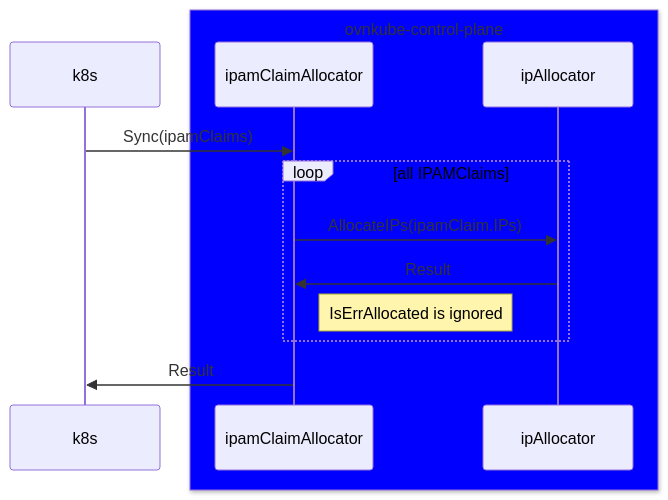
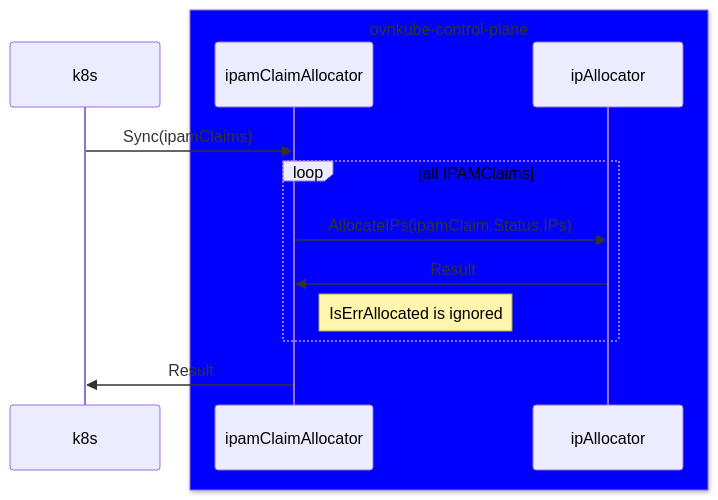
Before and after one commit to openshift/enhancements: the fifth of 15 diagrams in enhancements/network/persistent-ips-sdn-secondary-networks.md, drawn with Mermaid. The commit also changed other lines of this file, not shown here.

````diff
--- a/enhancements/network/persistent-ips-sdn-secondary-networks.md
+++ b/enhancements/network/persistent-ips-sdn-secondary-networks.md
@@ -512,17 +425,17 @@
 ```mermaid
 sequenceDiagram
   participant k8s
   box Blue ovnkube-control-plane
     participant ipamClaimAllocator
     participant ipAllocator
   end
 
   k8s->>ipamClaimAllocator:Sync(ipamClaims)
   loop all IPAMClaims
-    ipamClaimAllocator->>ipAllocator:AllocateIPs(ipamClaim.IPs)
+    ipamClaimAllocator->>ipAllocator:AllocateIPs(ipamClaim.Status.IPs)
     ipAllocator->>ipamClaimAllocator:Result
     Note right of ipamClaimAllocator: IsErrAllocated is ignored
   end
 
   ipamClaimAllocator->>k8s:Result
 ```
````
